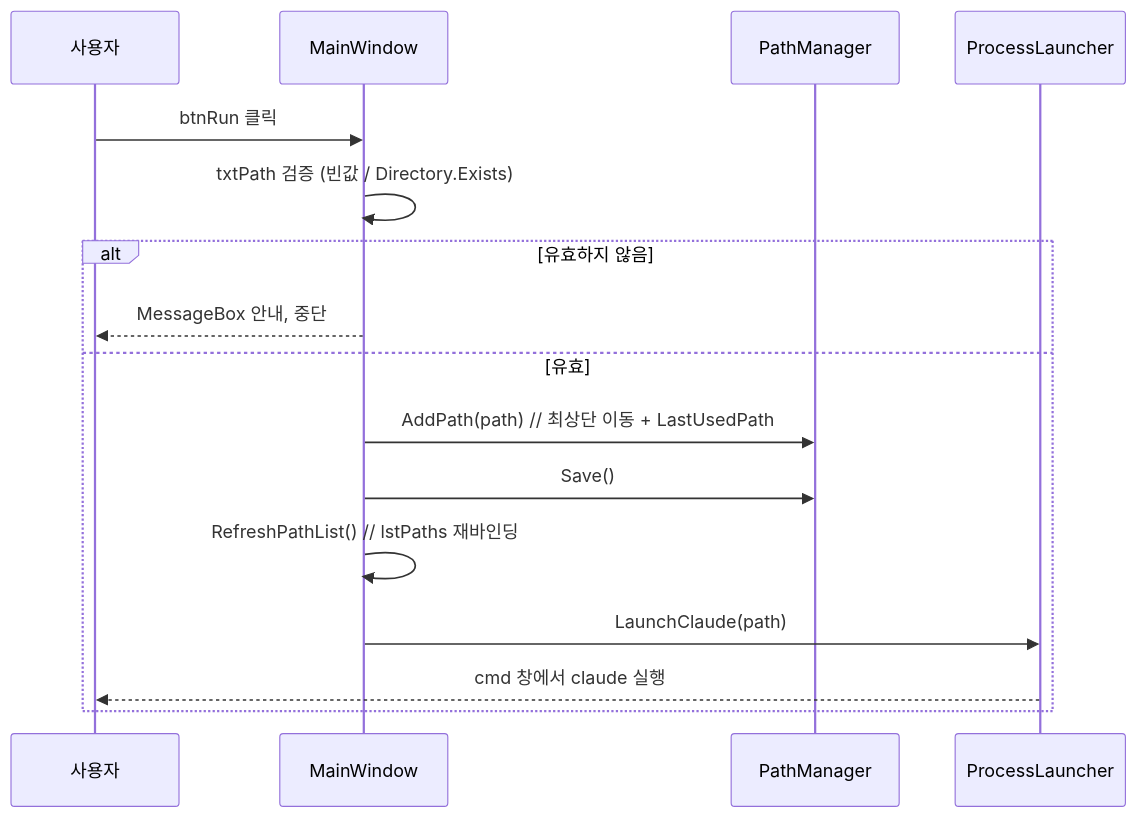
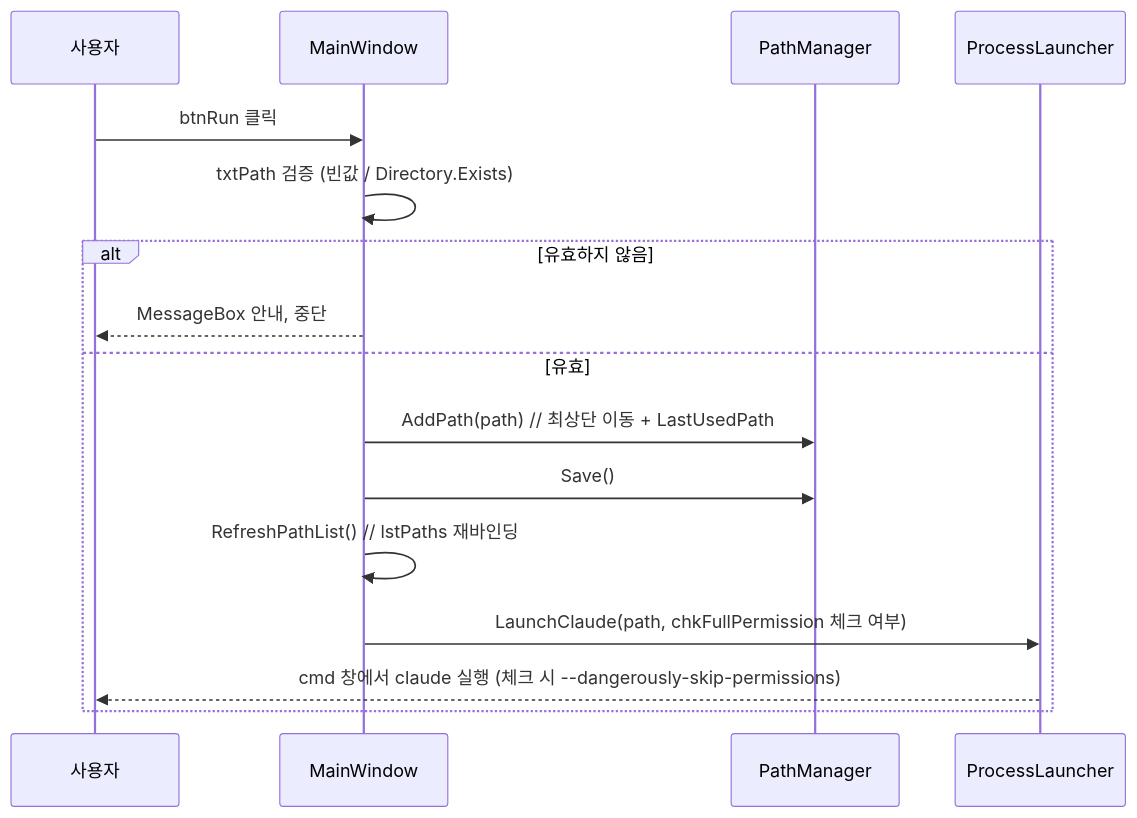
Before and after one commit to hendlake8/claude-code-helper-tool: the second of 2 diagrams in Docs/DEVELOPMENT/Dev/Launcher/LAUNCHER_DESIGN.md, drawn with Mermaid. The commit also changed other lines of this file and 6 other files, not shown here.

````diff
--- a/Docs/DEVELOPMENT/Dev/Launcher/LAUNCHER_DESIGN.md
+++ b/Docs/DEVELOPMENT/Dev/Launcher/LAUNCHER_DESIGN.md
@@ -199,18 +207,18 @@
 ```mermaid
 sequenceDiagram
     participant U as 사용자
     participant W as MainWindow
     participant P as PathManager
     participant L as ProcessLauncher
     U->>W: btnRun 클릭
     W->>W: txtPath 검증 (빈값 / Directory.Exists)
     alt 유효하지 않음
         W-->>U: MessageBox 안내, 중단
     else 유효
         W->>P: AddPath(path)  // 최상단 이동 + LastUsedPath
         W->>P: Save()
         W->>W: RefreshPathList()  // lstPaths 재바인딩
-        W->>L: LaunchClaude(path)
-        L-->>U: cmd 창에서 claude 실행
+        W->>L: LaunchClaude(path, chkFullPermission 체크 여부)
+        L-->>U: cmd 창에서 claude 실행 (체크 시 --dangerously-skip-permissions)
     end
 ```
````
